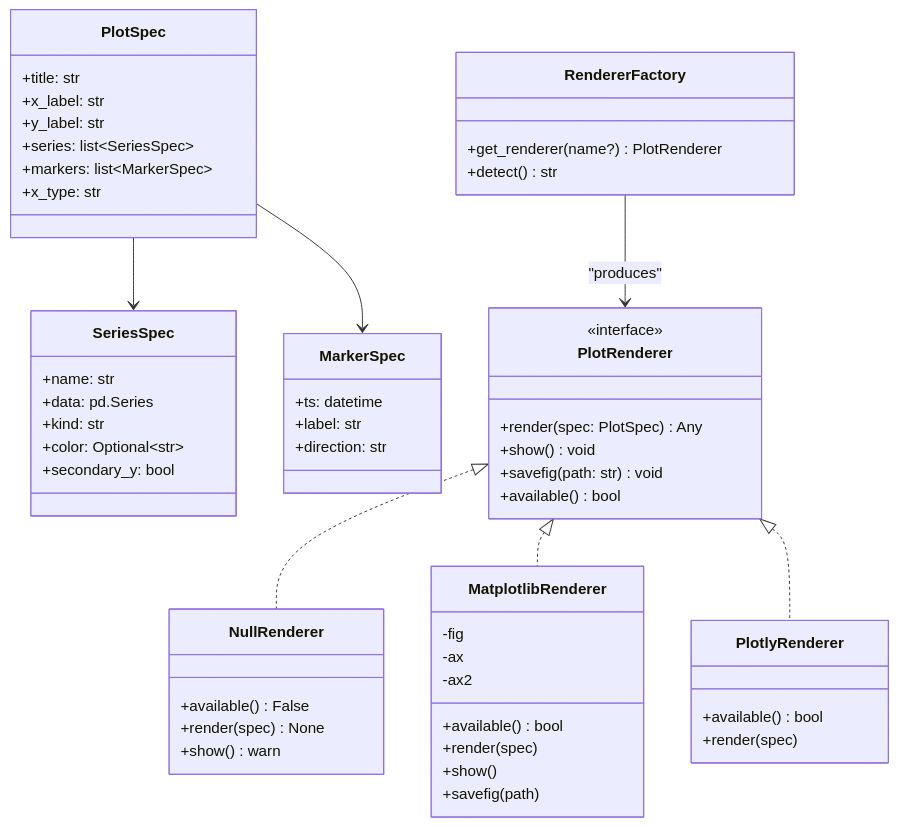
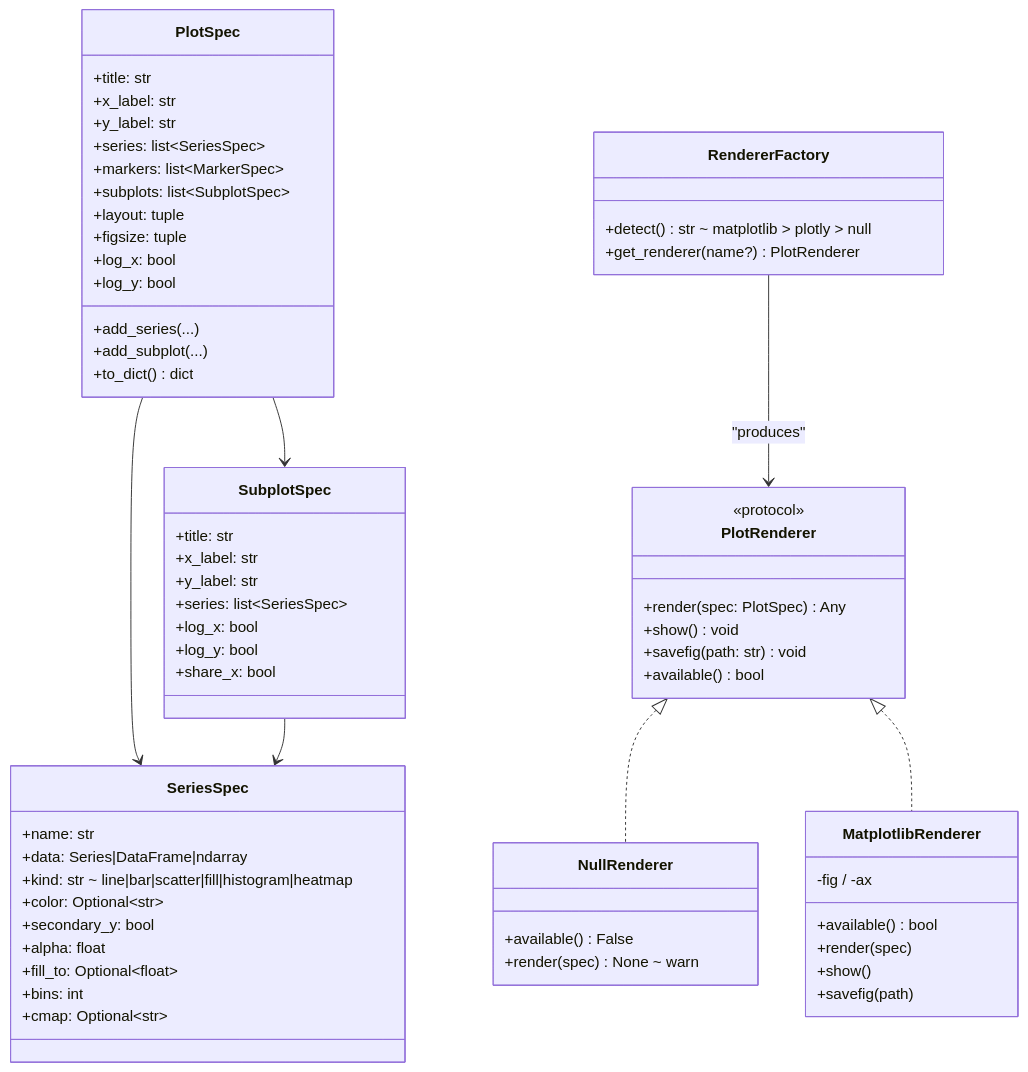
One commit to RESBI/StockStatistic changed diagram 11 of 23 in DESIGN_CN.md. Above: the diagram before and after it, drawn with Mermaid. The commit also changed other lines of this file and 12 other files, not shown here.

````diff
--- a/DESIGN_CN.md
+++ b/DESIGN_CN.md
@@ -705,59 +645,67 @@
 ```mermaid
 classDiagram
     class PlotSpec {
         +title: str
         +x_label: str
         +y_label: str
         +series: list~SeriesSpec~
         +markers: list~MarkerSpec~
-        +x_type: str
+        +subplots: list~SubplotSpec~
+        +layout: tuple
+        +figsize: tuple
+        +log_x: bool
+        +log_y: bool
+        +add_series(...)
+        +add_subplot(...)
+        +to_dict() dict
     }
     class SeriesSpec {
         +name: str
-        +data: pd.Series
-        +kind: str
+        +data: Series|DataFrame|ndarray
+        +kind: str  ~ line|bar|scatter|fill|histogram|heatmap
         +color: Optional~str~
         +secondary_y: bool
+        +alpha: float
+        +fill_to: Optional~float~
+        +bins: int
+        +cmap: Optional~str~
     }
-    class MarkerSpec {
-        +ts: datetime
-        +label: str
-        +direction: str
+    class SubplotSpec {
+        +title: str
+        +x_label: str
+        +y_label: str
+        +series: list~SeriesSpec~
+        +log_x: bool
+        +log_y: bool
+        +share_x: bool
     }
     class PlotRenderer {
-        <<interface>>
+        <<protocol>>
         +render(spec: PlotSpec) Any
         +show() void
         +savefig(path: str) void
         +available() bool
     }
     class NullRenderer {
         +available() False
-        +render(spec) None
-        +show() warn
+        +render(spec) None  ~ warn
     }
     class MatplotlibRenderer {
-        -fig
-        -ax
-        -ax2
+        -fig / -ax
         +available() bool
         +render(spec)
         +show()
         +savefig(path)
     }
-    class PlotlyRenderer {
-        +available() bool
-        +render(spec)
-    }
     class RendererFactory {
+        +detect() str  ~ matplotlib > plotly > null
         +get_renderer(name?) PlotRenderer
-        +detect() str
     }
 
     PlotRenderer <|.. NullRenderer
     PlotRenderer <|.. MatplotlibRenderer
-    PlotRenderer <|.. PlotlyRenderer
     RendererFactory --> PlotRenderer : "produces"
     PlotSpec --> SeriesSpec
-    PlotSpec --> MarkerSpec
+    PlotSpec --> SubplotSpec
+    SubplotSpec --> SeriesSpec
 ```
````
